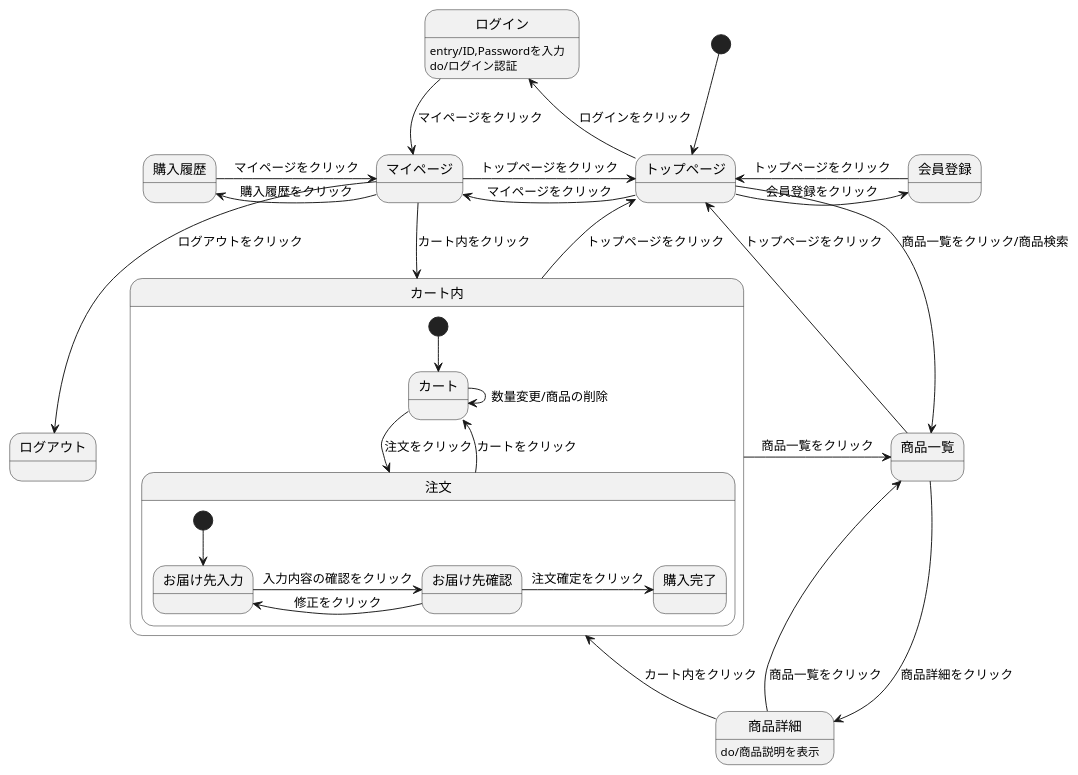
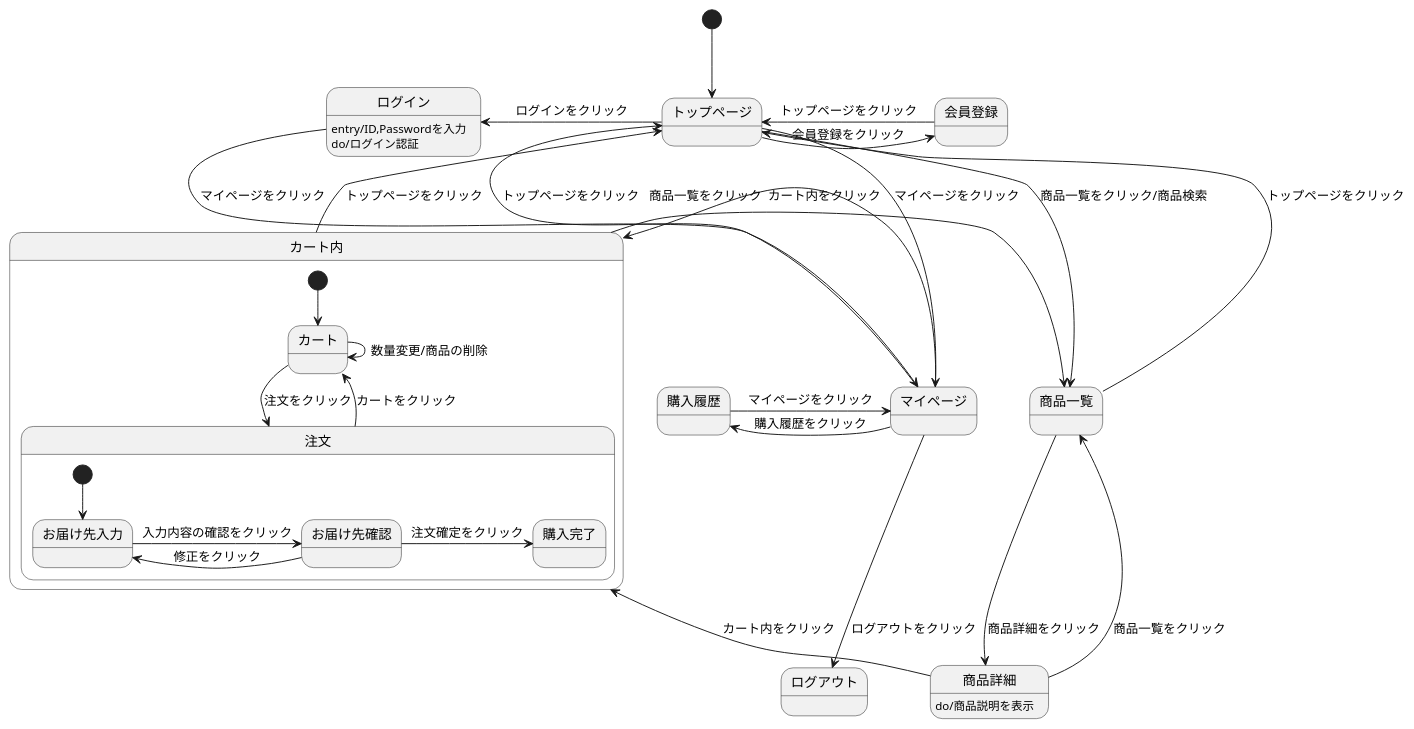
One commit to Aso2001163/2021sys-design-2 changed the diagram in stm01.md. Above: the diagram before and after it, drawn with PlantUML.

````diff
--- a/stm01.md
+++ b/stm01.md
@@ -1,38 +1,38 @@
 ```uml
 @startuml
 [*] --> トップページ
 トップページ -> 会員登録 : 会員登録をクリック
 会員登録 -> トップページ : トップページをクリック
 トップページ -left-> マイページ : マイページをクリック
 トップページ -left-> ログイン : ログインをクリック
 ログイン -down-> マイページ : マイページをクリック
 ログイン:entry/ID,Passwordを入力
 ログイン:do/ログイン認証
 マイページ -> トップページ : トップページをクリック
 マイページ -down-> ログアウト : ログアウトをクリック
 マイページ -left-> 購入履歴 : 購入履歴をクリック
-マイページ -right-> カート内 : カート内をクリック
+マイページ -left-> カート内 : カート内をクリック
 購入履歴 -> マイページ : マイページをクリック
 トップページ --> 商品一覧 : 商品一覧をクリック/商品検索
 商品一覧 -> トップページ : トップページをクリック
 商品一覧 -> 商品詳細 : 商品詳細をクリック  
 商品詳細:do/商品説明を表示
 商品詳細 -down-> 商品一覧 : 商品一覧をクリック
 商品詳細 -down-> カート内 : カート内をクリック
 カート内 -> 商品一覧 : 商品一覧をクリック
 カート内 -up-> トップページ : トップページをクリック
 
 state カート内 {
   [*] --> カート
   カート -down-> 注文 : 注文をクリック
   カート -> カート : 数量変更/商品の削除
   注文 -down-> カート : カートをクリック
   state 注文 {
     [*] --> お届け先入力
     お届け先入力 -> お届け先確認 : 入力内容の確認をクリック
     お届け先確認 -> お届け先入力 : 修正をクリック
     お届け先確認 -> 購入完了 : 注文確定をクリック
     }
  }
 @enduml
 ```
````
